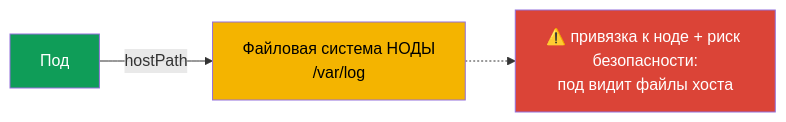
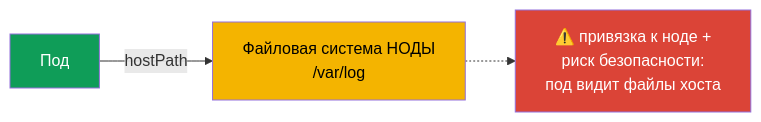
The fourth of 6 diagrams in tasks/cka/course/24/ru.md (ViktorUJ/cks), drawn with Mermaid before and after one commit. The commit also changed other lines of this file and 30 other files, not shown here.

````diff
--- a/tasks/cka/course/24/ru.md
+++ b/tasks/cka/course/24/ru.md
@@ -124,9 +124,9 @@
 ```mermaid
 flowchart LR
     pod["Под"] -->|"hostPath"| node["Файловая система НОДЫ<br>/var/log"]
-    warn["⚠️ привязка к ноде + риск безопасности:<br>под видит файлы хоста"]
+    warn["⚠️ привязка к ноде +<br>риск безопасности:<br>под видит файлы хоста"]
     node -.-> warn
     style pod fill:#0f9d58,color:#fff
     style node fill:#f4b400,color:#000
     style warn fill:#db4437,color:#fff
 ```
````
